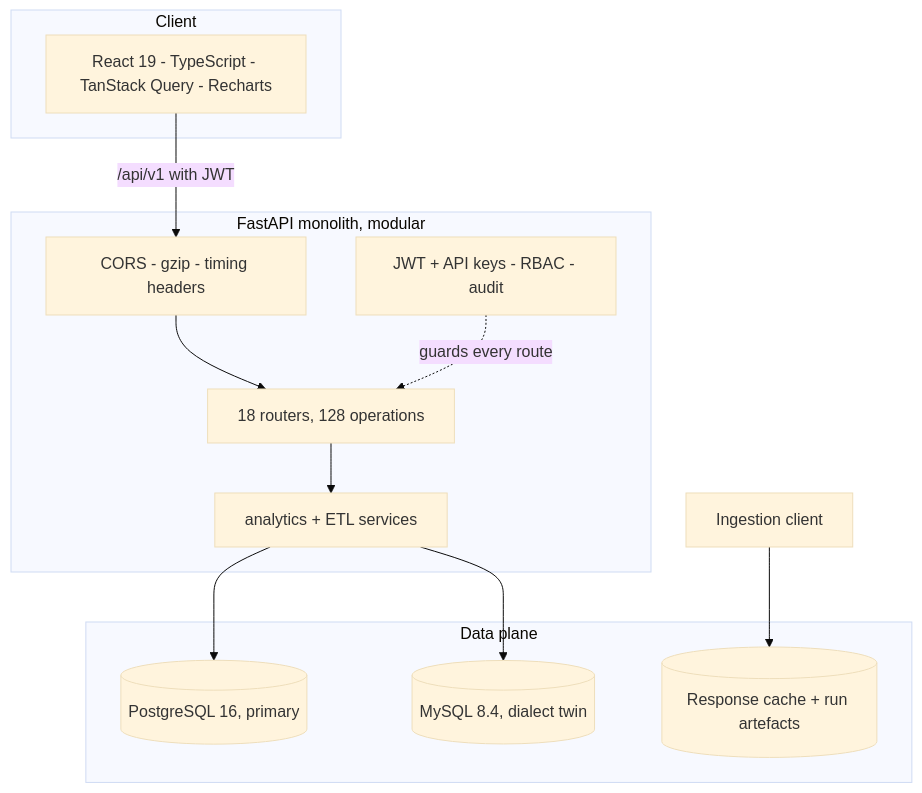
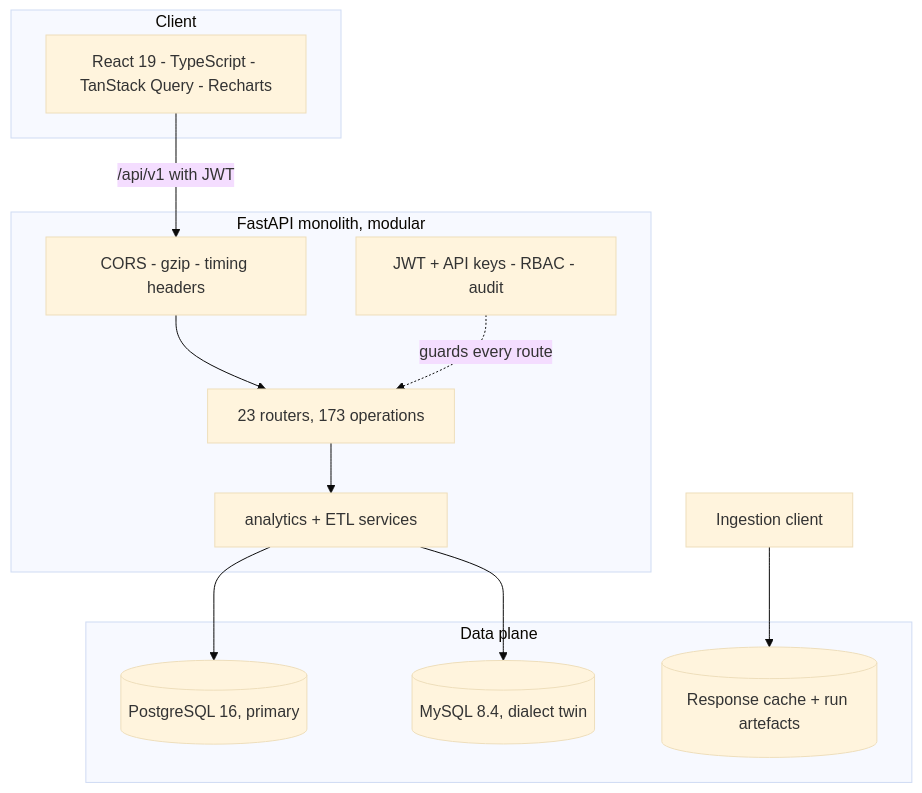
One commit to Ahmedbakr78/Web-to-Warehouse-Product-Intelligence-Pipeline changed the third of 15 diagrams in README.md. Above: the diagram before and after it, drawn with Mermaid (base theme). The commit also changed other lines of this file and 18 other files, not shown here.

````diff
--- a/README.md
+++ b/README.md
@@ -350,22 +350,22 @@
 ```mermaid
 flowchart TB
     subgraph Browser["Client"]
         RE["React 19 - TypeScript - TanStack Query - Recharts"]
     end
     subgraph Server["FastAPI monolith, modular"]
         MW["CORS - gzip - timing headers"]
-        RT["18 routers, 128 operations"]
+        RT["23 routers, 173 operations"]
         SV["analytics + ETL services"]
         SEC["JWT + API keys - RBAC - audit"]
         MW --> RT --> SV
         SEC -.guards every route.-> RT
     end
     subgraph Data["Data plane"]
         PG[("PostgreSQL 16, primary")]
         MY[("MySQL 8.4, dialect twin")]
         FS[("Response cache + run artefacts")]
     end
     RE -->|"/api/v1 with JWT"| MW
     SV --> PG & MY
     HC2["Ingestion client"] --> FS
 ```
````
